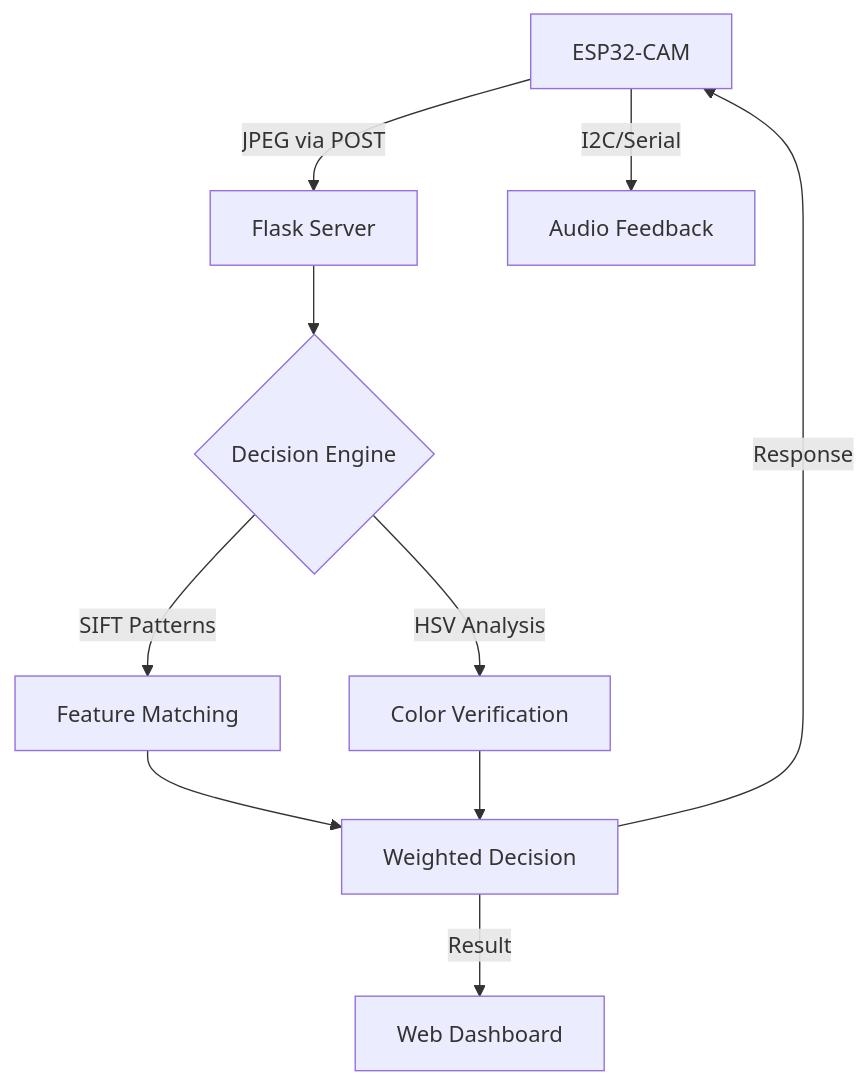
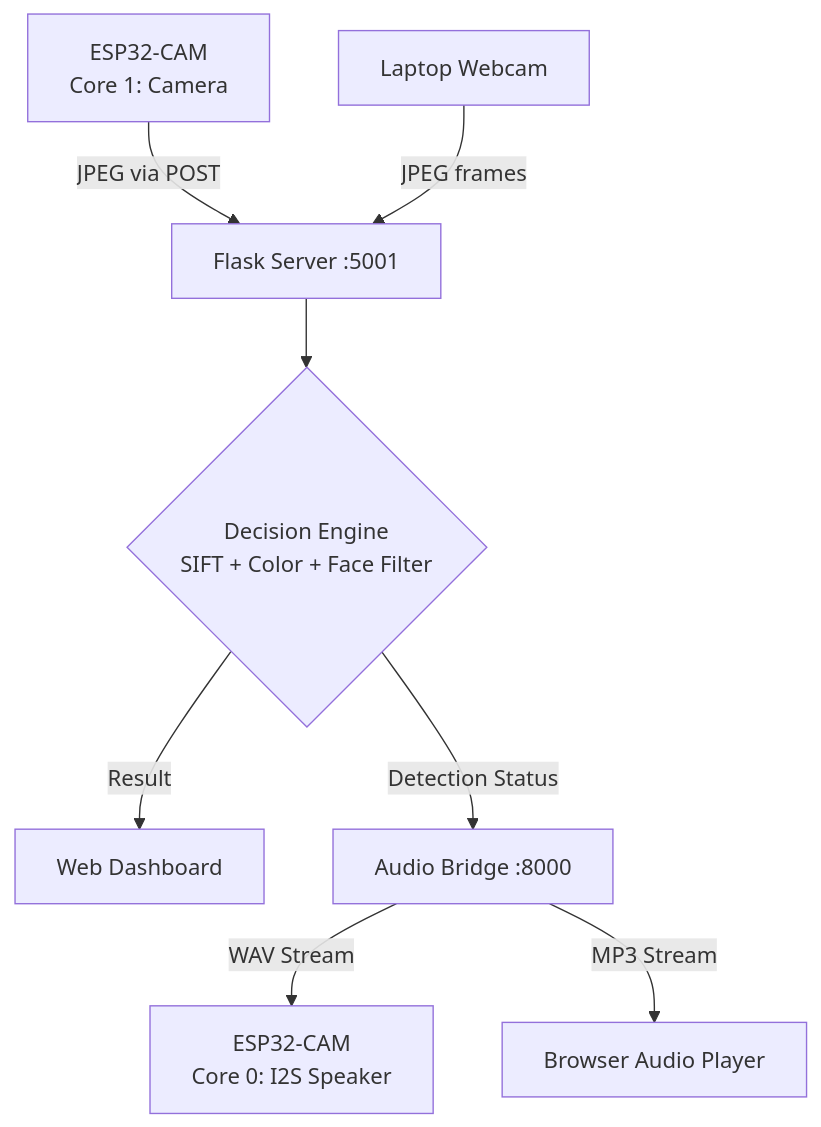
The diagram in README.md (Doneeswaran/Currency_Recognition_Hub), drawn with Mermaid before and after one commit. The commit also changed other lines of this file and 5 other files, not shown here.

First line of the commit message:
feat: Add dual-core audio system, face detection & accuracy improvements

````diff
--- a/README.md
+++ b/README.md
@@ -14,11 +15,10 @@
 ```mermaid
 graph TD
-    A[ESP32-CAM] -->|JPEG via POST| B[Flask Server]
-    B --> C{Decision Engine}
-    C -->|SIFT Patterns| D[Feature Matching]
-    C -->|HSV Analysis| E[Color Verification]
-    D & E --> F[Weighted Decision]
-    F -->|Result| G[Web Dashboard]
-    F -->|Response| A
-    A -->|I2C/Serial| H[Audio Feedback]
+    A[ESP32-CAM\nCore 1: Camera] -->|JPEG via POST| B[Flask Server :5001]
+    B --> C{Decision Engine\nSIFT + Color + Face Filter}
+    C -->|Result| D[Web Dashboard]
+    C -->|Detection Status| E[Audio Bridge :8000]
+    E -->|WAV Stream| F[ESP32-CAM\nCore 0: I2S Speaker]
+    G[Laptop Webcam] -->|JPEG frames| B
+    E -->|MP3 Stream| H[Browser Audio Player]
 ```
````
